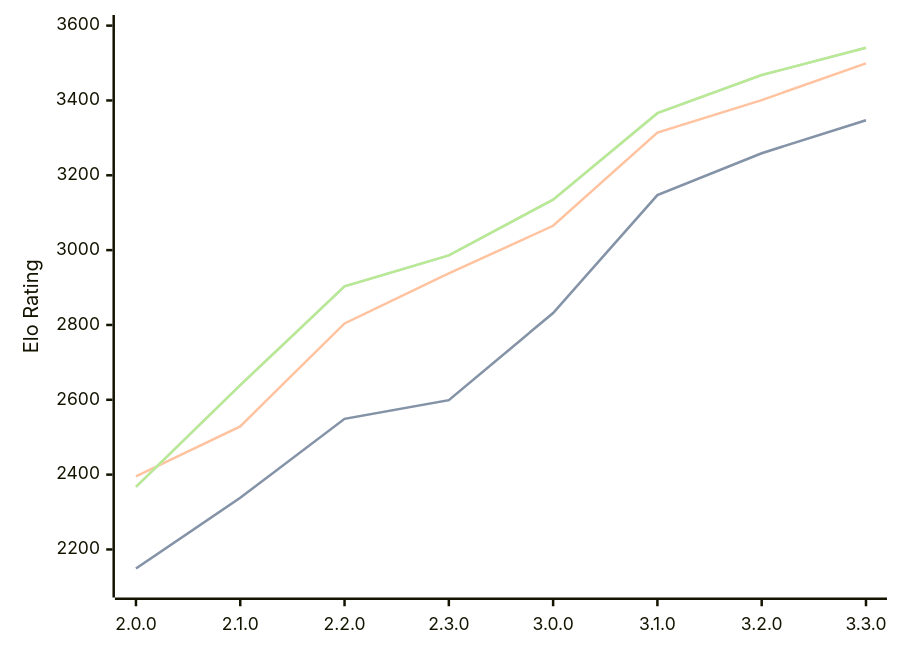
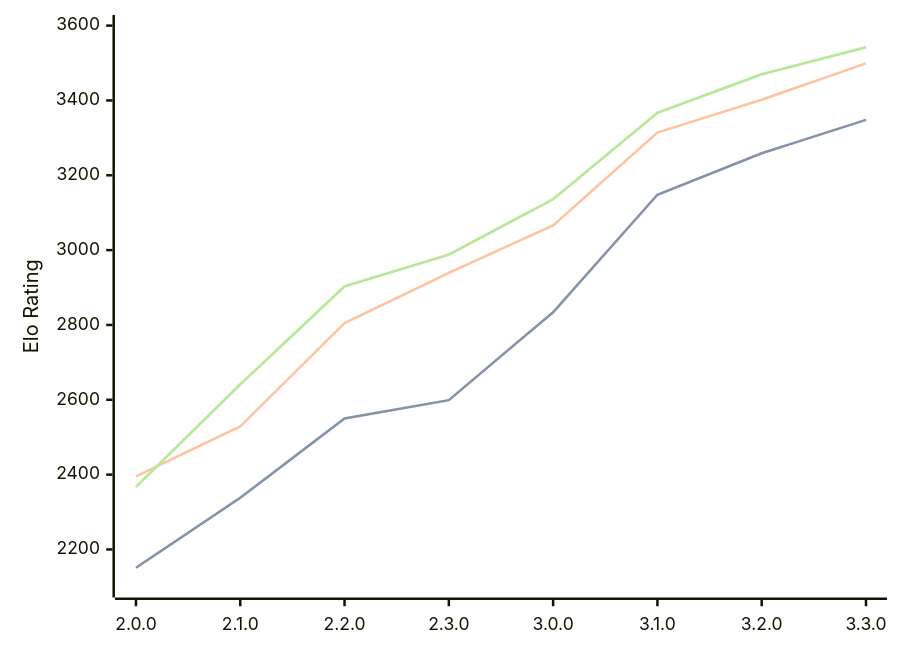
Before and after one commit to computer-chess-index/cci: the diagram in engines/Raphael.md, drawn with Mermaid. The commit also changed other lines of this file, not shown here.

Commit message:
Update CCI Ratings (ELO VLTC) - 2026-04-13

````diff
--- a/engines/Raphael.md
+++ b/engines/Raphael.md
@@ -50,11 +50,11 @@
 ```mermaid
 %%{init: {"theme":"base","themeVariables":{"seriesColors:['#a3a3a3','#222221','#faa371']}}}%%
 xychart-beta
   x-axis ["2.0.0", "2.1.0", "2.2.0", "2.3.0", "3.0.0", "3.1.0", "3.2.0", "3.3.0"]
   y-axis "Elo Rating" 2100 --> 3600
-  line "STC (8.0+0.08s)" [2149, 2338, 2549, 2599, 2832, 3147, 3259, 3347]
-  line "STC (8.0+0.08s)" [2149, 2338, 2549, 2599, 2832, 3147, 3259, 3347]
-  line "LTC (60.0+0.60s)" [2395, 2529, 2804, 2938, 3065, 3314, 3401, 3499]
-  line "VLTC (2m24s+1.12s)" [2367, 2639, 2903, 2986, 3135, 3366, 3468, 3541]
-  line "VLTC (2m24s+1.12s)" [2367, 2639, 2903, 2986, 3135, 3366, 3468, 3541]
+  line "STC (8.0+0.08s)" [2151, 2338, 2550, 2599, 2834, 3148, 3259, 3348]
+  line "STC (8.0+0.08s)" [2151, 2338, 2550, 2599, 2834, 3148, 3259, 3348]
+  line "LTC (60.0+0.60s)" [2395, 2529, 2805, 2939, 3066, 3314, 3402, 3499]
+  line "VLTC (2m24s+1.12s)" [2367, 2641, 2903, 2988, 3136, 3367, 3470, 3542]
+  line "VLTC (2m24s+1.12s)" [2367, 2641, 2903, 2988, 3136, 3367, 3470, 3542]
 ```
````
